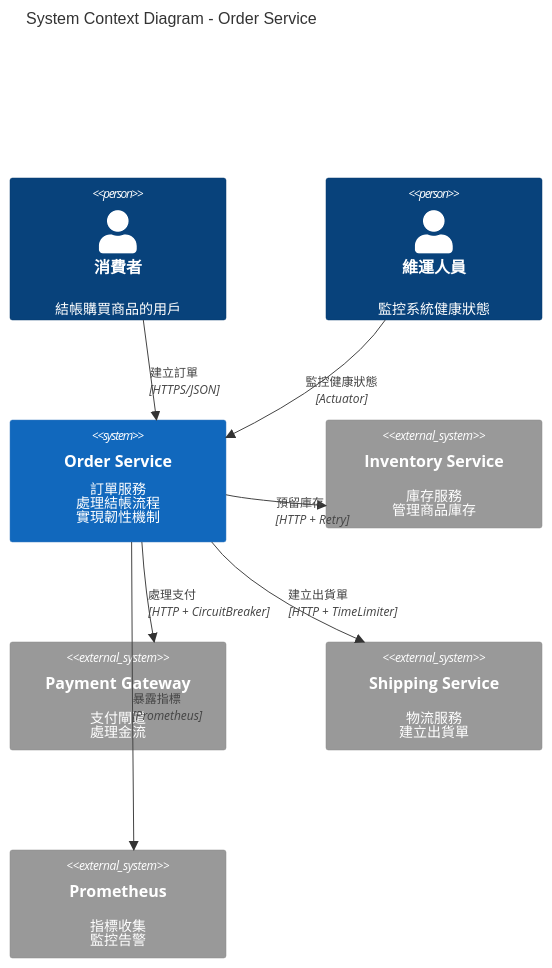
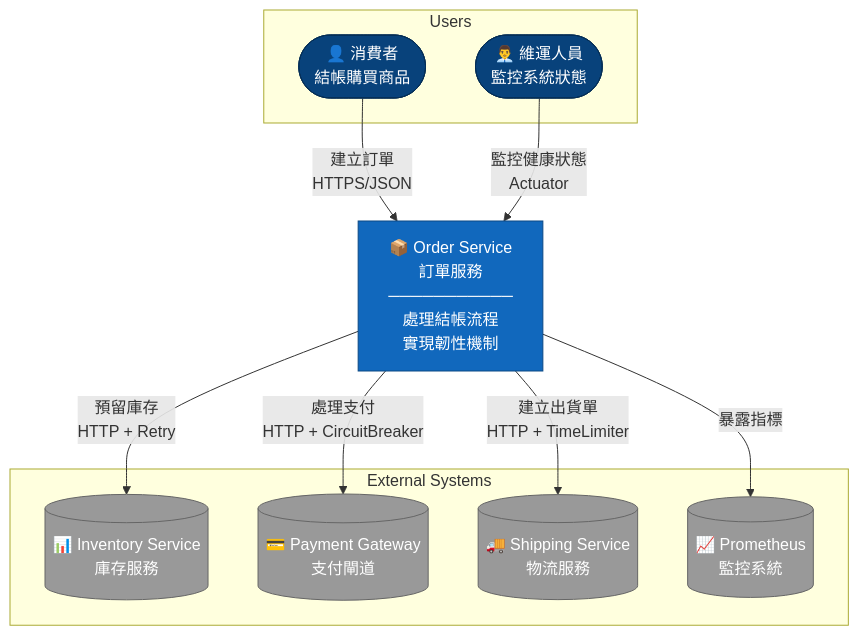
The first of 16 diagrams in README.md (ChunPingWang/resilience4j-poc), drawn with Mermaid before and after one commit. The commit also changed other lines of this file, not shown here.

First line of the commit message:
fix: 將 C4 Model 圖表轉換為標準 Mermaid 語法

````diff
--- a/README.md
+++ b/README.md
@@ -369,21 +369,31 @@
 ```mermaid
-C4Context
-    title System Context Diagram - Order Service
+graph TB
+    subgraph users [Users]
+        customer(["👤 消費者<br/>結帳購買商品"])
+        ops(["👨‍💼 維運人員<br/>監控系統狀態"])
+    end
 
-    Person(customer, "消費者", "結帳購買商品的用戶")
-    Person(ops, "維運人員", "監控系統健康狀態")
+    order["📦 Order Service<br/>訂單服務<br/>───────────<br/>處理結帳流程<br/>實現韌性機制"]
 
-    System(orderService, "Order Service", "訂單服務<br/>處理結帳流程<br/>實現韌性機制")
+    subgraph external [External Systems]
+        inventory[("📊 Inventory Service<br/>庫存服務")]
+        payment[("💳 Payment Gateway<br/>支付閘道")]
+        shipping[("🚚 Shipping Service<br/>物流服務")]
+        prometheus[("📈 Prometheus<br/>監控系統")]
+    end
 
-    System_Ext(inventoryService, "Inventory Service", "庫存服務<br/>管理商品庫存")
-    System_Ext(paymentService, "Payment Gateway", "支付閘道<br/>處理金流")
-    System_Ext(shippingService, "Shipping Service", "物流服務<br/>建立出貨單")
-    System_Ext(prometheus, "Prometheus", "指標收集<br/>監控告警")
+    customer -->|"建立訂單<br/>HTTPS/JSON"| order
+    ops -->|"監控健康狀態<br/>Actuator"| order
+    order -->|"預留庫存<br/>HTTP + Retry"| inventory
+    order -->|"處理支付<br/>HTTP + CircuitBreaker"| payment
+    order -->|"建立出貨單<br/>HTTP + TimeLimiter"| shipping
+    order -->|"暴露指標"| prometheus
 
-    Rel(customer, orderService, "建立訂單", "HTTPS/JSON")
-    Rel(ops, orderService, "監控健康狀態", "Actuator")
-    Rel(orderService, inventoryService, "預留庫存", "HTTP + Retry")
-    Rel(orderService, paymentService, "處理支付", "HTTP + CircuitBreaker")
-    Rel(orderService, shippingService, "建立出貨單", "HTTP + TimeLimiter")
-    Rel(orderService, prometheus, "暴露指標", "Prometheus")
+    style order fill:#1168bd,stroke:#0b4884,color:#fff
+    style customer fill:#08427b,stroke:#052e56,color:#fff
+    style ops fill:#08427b,stroke:#052e56,color:#fff
+    style inventory fill:#999999,stroke:#666,color:#fff
+    style payment fill:#999999,stroke:#666,color:#fff
+    style shipping fill:#999999,stroke:#666,color:#fff
+    style prometheus fill:#999999,stroke:#666,color:#fff
 ```
````
